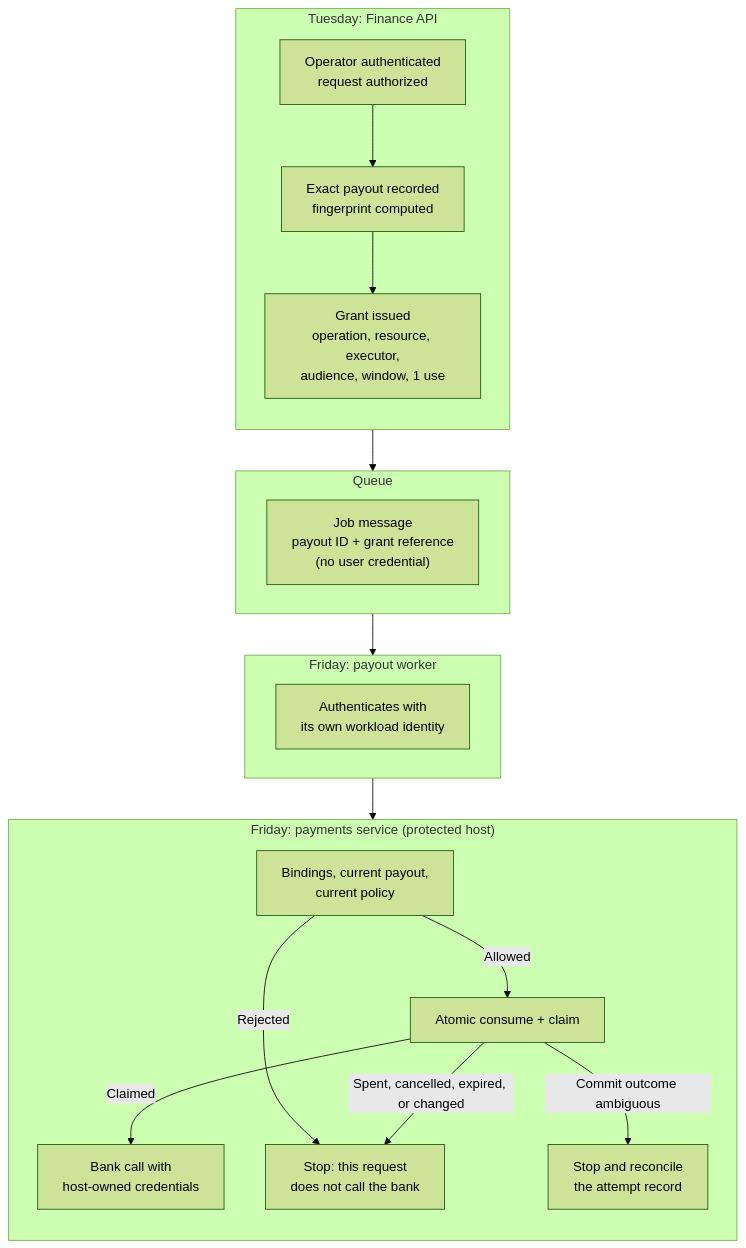
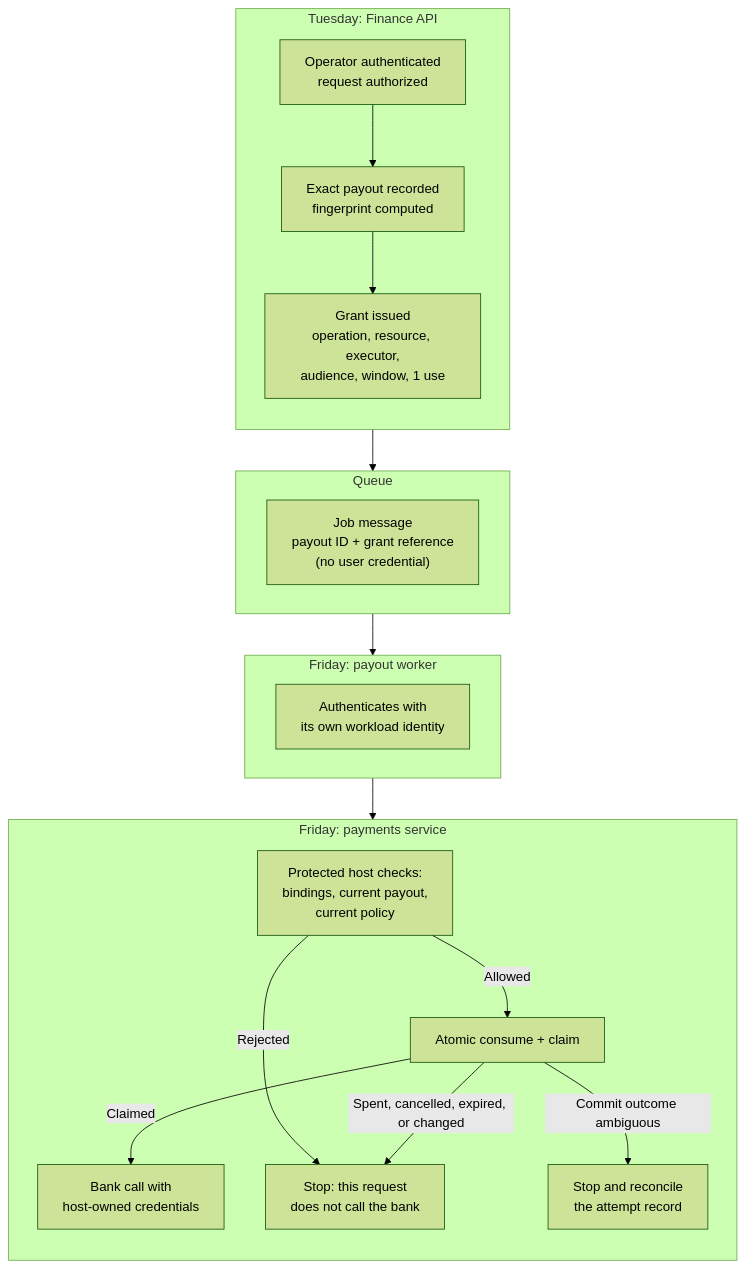
The diagram in docs/articles/2026/short-lived-execution-authority-vs-user-authorization.md (AsiBackbone/Learning), drawn with Mermaid (forest theme) before and after one commit.

Commit message:
Keep the payments service diagram title on one line
Shorten the subgraph title to "Friday: payments service" so it does not
wrap and slide behind the first node in narrower Mermaid renderers, and
carry "protected host" into that node's label instead.

Verified in the built site: every subgraph title renders on one line,
none overlaps a node, and no edge crosses a title.

Refs #395

````diff
--- a/docs/articles/2026/short-lived-execution-authority-vs-user-authorization.md
+++ b/docs/articles/2026/short-lived-execution-authority-vs-user-authorization.md
@@ -180,23 +180,23 @@
 ```mermaid
 flowchart TD
     subgraph T["Tuesday: Finance API"]
         direction TB
         A["Operator authenticated<br/>request authorized"] --> B["Exact payout recorded<br/>fingerprint computed"]
         B --> C["Grant issued<br/>operation, resource, executor,<br/>audience, window, 1 use"]
     end
     subgraph Q["Queue"]
         M["Job message<br/>payout ID + grant reference<br/>(no user credential)"]
     end
     subgraph F["Friday: payout worker"]
         W["Authenticates with<br/>its own workload identity"]
     end
-    subgraph H["Friday: payments service (protected host)"]
+    subgraph H["Friday: payments service"]
         direction TB
-        V["Bindings, current payout,<br/>current policy"] -->|Allowed| K["Atomic consume + claim"]
+        V["Protected host checks:<br/>bindings, current payout,<br/>current policy"] -->|Allowed| K["Atomic consume + claim"]
         K -->|Claimed| X["Bank call with<br/>host-owned credentials"]
         V -->|Rejected| N["Stop: this request<br/>does not call the bank"]
         K -->|Spent, cancelled, expired, or changed| N
         K -->|Commit outcome ambiguous| R["Stop and reconcile<br/>the attempt record"]
     end
     T --> Q --> F --> H
 ```
````
